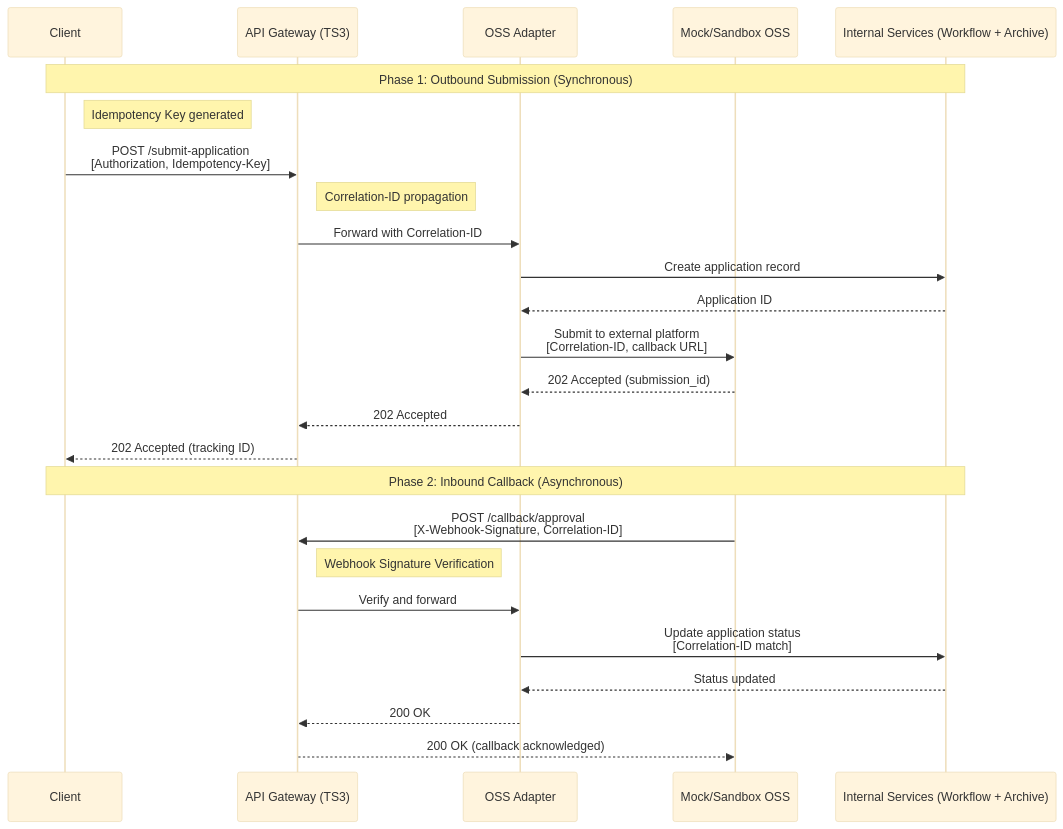
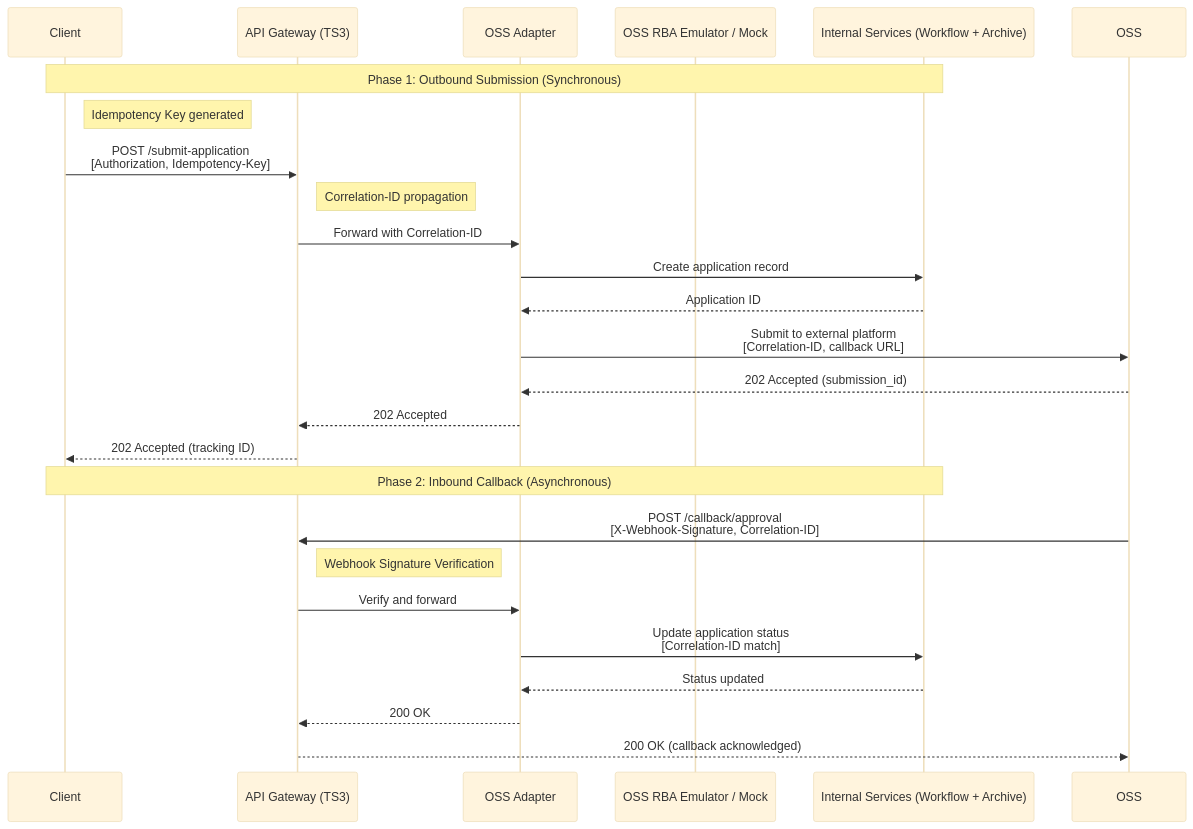
Before and after one commit to jonasbanurea/Elicensing-Platform-Microservices: the first of 2 diagrams in interoperability-test-results-2025-12-22.md, drawn with Mermaid (base theme). The commit also changed other lines of this file, not shown here.

````diff
--- a/interoperability-test-results-2025-12-22.md
+++ b/interoperability-test-results-2025-12-22.md
@@ -58,31 +58,31 @@
 ```mermaid
 sequenceDiagram
     participant Client
     participant Gateway as API Gateway (TS3)
     participant Adapter as OSS Adapter
-    participant OSS as Mock/Sandbox OSS
+    participant OSS RBA Emulator / Mock
     participant Internal as Internal Services (Workflow + Archive)
     
     Note over Client,Internal: Phase 1: Outbound Submission (Synchronous)
     
     Note right of Client: Idempotency Key generated
     Client->>Gateway: POST /submit-application<br/>[Authorization, Idempotency-Key]
     Note right of Gateway: Correlation-ID propagation
     Gateway->>Adapter: Forward with Correlation-ID
     Adapter->>Internal: Create application record
     Internal-->>Adapter: Application ID
     Adapter->>OSS: Submit to external platform<br/>[Correlation-ID, callback URL]
     OSS-->>Adapter: 202 Accepted (submission_id)
     Adapter-->>Gateway: 202 Accepted
     Gateway-->>Client: 202 Accepted (tracking ID)
     
     Note over Client,Internal: Phase 2: Inbound Callback (Asynchronous)
     
     OSS->>Gateway: POST /callback/approval<br/>[X-Webhook-Signature, Correlation-ID]
     Note right of Gateway: Webhook Signature Verification
     Gateway->>Adapter: Verify and forward
     Adapter->>Internal: Update application status<br/>[Correlation-ID match]
     Internal-->>Adapter: Status updated
     Adapter-->>Gateway: 200 OK
     Gateway-->>OSS: 200 OK (callback acknowledged)
 ```
````
